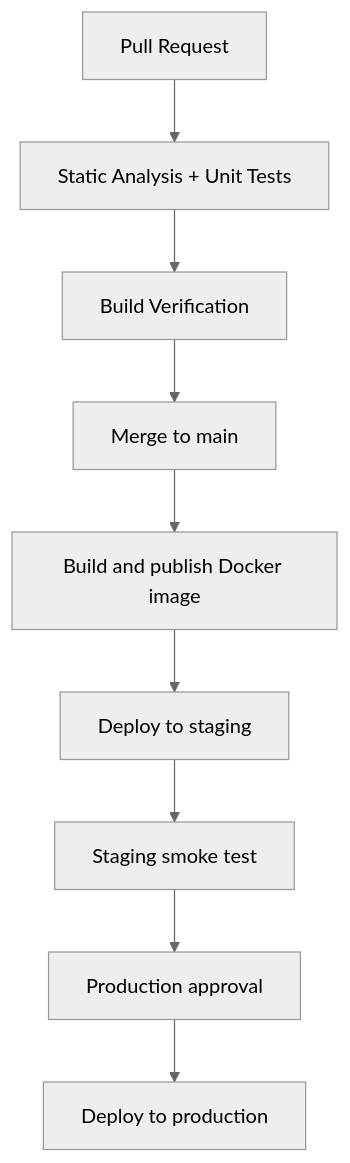
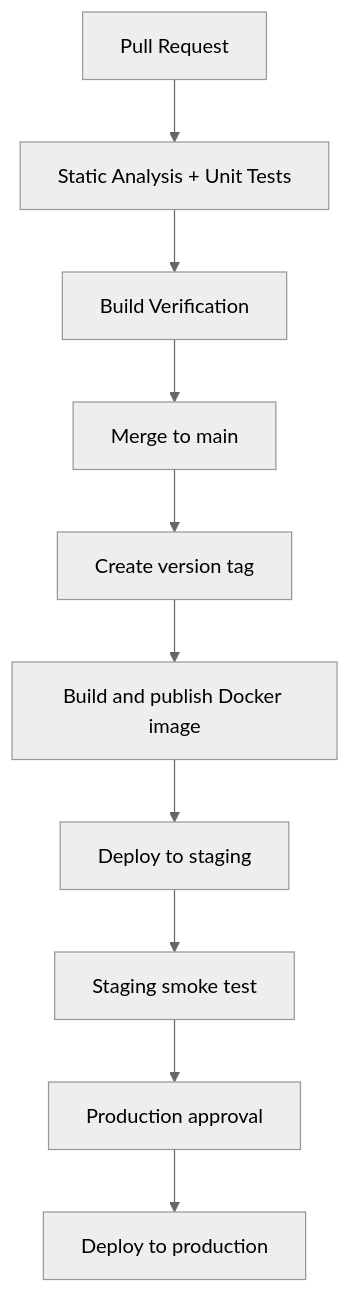
Before and after one commit to rayan967/Calculator-app: the diagram in README.md, drawn with Mermaid (neutral theme). The commit also changed other lines of this file and 1 other file, not shown here.

Commit message:
Update deployment workflow to trigger on version tags only

````diff
--- a/README.md
+++ b/README.md
@@ -142,11 +153,12 @@
 ```mermaid
 flowchart TD
     PR[Pull Request] --> Checks[Static Analysis + Unit Tests]
     Checks --> Verify[Build Verification]
     Verify --> Merge[Merge to main]
-    Merge --> Publish[Build and publish Docker image]
+    Merge --> Tag[Create version tag]
+    Tag --> Publish[Build and publish Docker image]
     Publish --> Staging[Deploy to staging]
     Staging --> Smoke[Staging smoke test]
     Smoke --> Approval[Production approval]
     Approval --> Production[Deploy to production]
 ```
````
